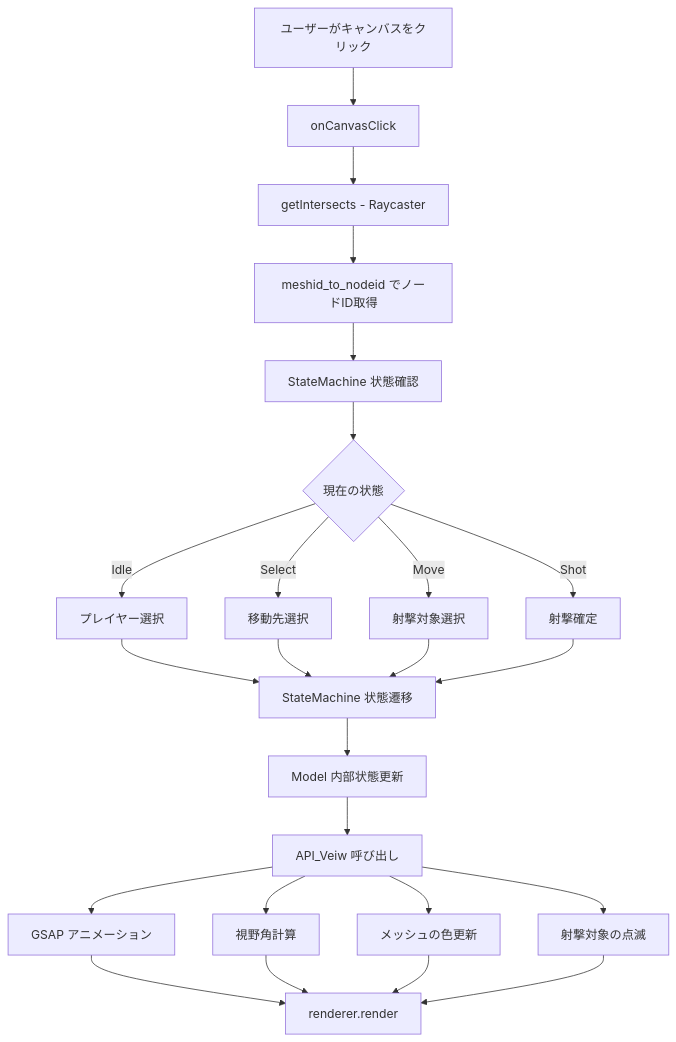
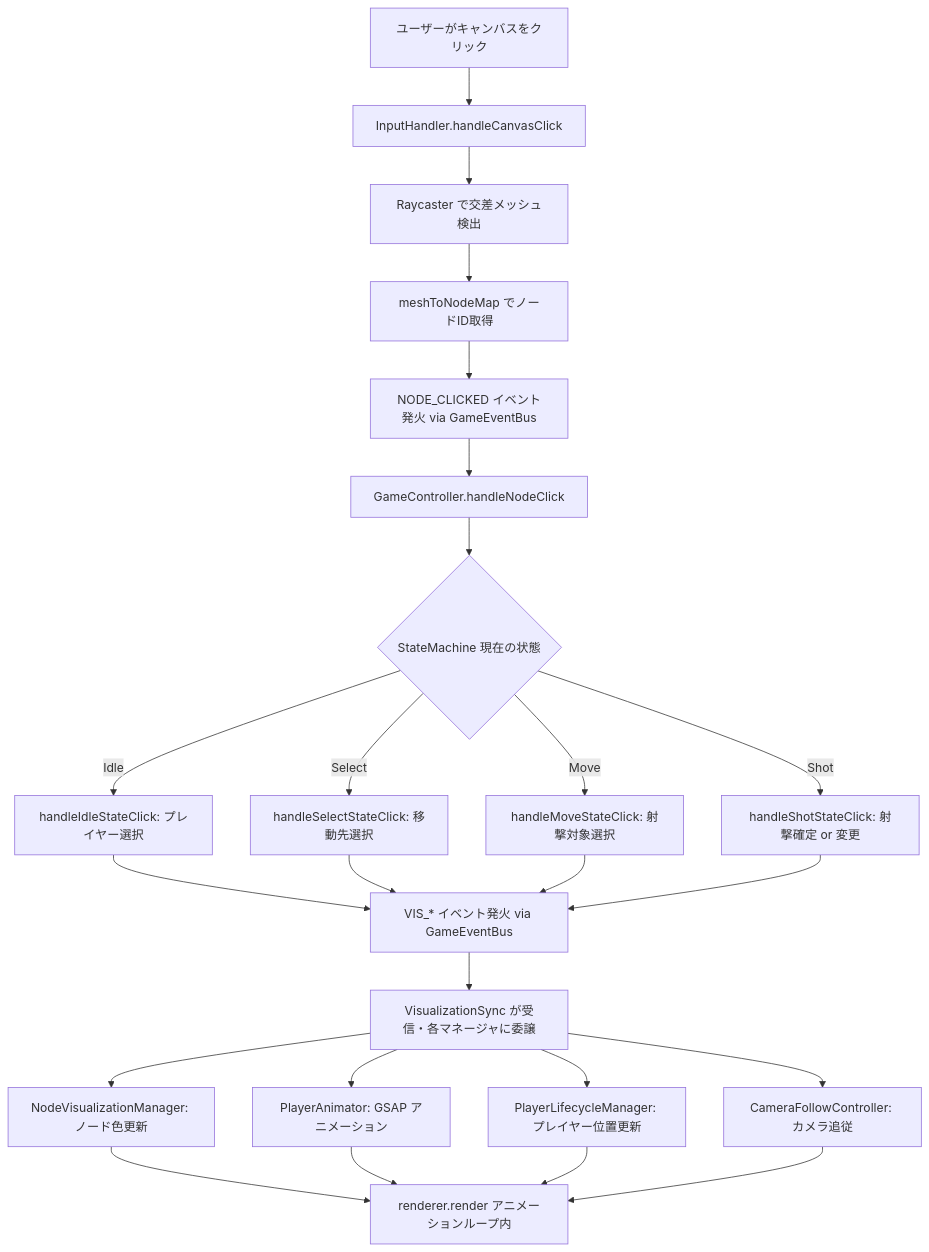
One commit to tamari-moto/2dFps changed the second of 5 diagrams in document/DATA_FLOW.md. Above: the diagram before and after it, drawn with Mermaid. The commit also changed other lines of this file and 2 other files, not shown here.

````diff
--- a/document/DATA_FLOW.md
+++ b/document/DATA_FLOW.md
@@ -93,26 +113,26 @@
 ```mermaid
 graph TD
-    A[ユーザーがキャンバスをクリック] --> B[onCanvasClick]
-    B --> C[getIntersects - Raycaster]
-    C --> D[meshid_to_nodeid でノードID取得]
-    D --> E[StateMachine 状態確認]
-    E --> F{現在の状態}
-    F -->|Idle| G[プレイヤー選択]
-    F -->|Select| H[移動先選択]
-    F -->|Move| I[射撃対象選択]
-    F -->|Shot| J[射撃確定]
-    G --> K[StateMachine 状態遷移]
-    H --> K
-    I --> K
-    J --> K
-    K --> L[Model 内部状態更新]
-    L --> M[API_Veiw 呼び出し]
-    M --> N[GSAP アニメーション]
-    M --> O[視野角計算]
-    M --> P[メッシュの色更新]
-    M --> Q[射撃対象の点滅]
-    N --> R[renderer.render]
-    O --> R
-    P --> R
-    Q --> R
+    A[ユーザーがキャンバスをクリック] --> B[InputHandler.handleCanvasClick]
+    B --> C[Raycaster で交差メッシュ検出]
+    C --> D[meshToNodeMap でノードID取得]
+    D --> E[NODE_CLICKED イベント発火 via GameEventBus]
+    E --> F[GameController.handleNodeClick]
+    F --> G{StateMachine 現在の状態}
+    G -->|Idle| H[handleIdleStateClick: プレイヤー選択]
+    G -->|Select| I[handleSelectStateClick: 移動先選択]
+    G -->|Move| J[handleMoveStateClick: 射撃対象選択]
+    G -->|Shot| K[handleShotStateClick: 射撃確定 or 変更]
+    H --> L[VIS_* イベント発火 via GameEventBus]
+    I --> L
+    J --> L
+    K --> L
+    L --> M[VisualizationSync が受信・各マネージャに委譲]
+    M --> N1[NodeVisualizationManager: ノード色更新]
+    M --> N2[PlayerAnimator: GSAP アニメーション]
+    M --> N3[PlayerLifecycleManager: プレイヤー位置更新]
+    M --> N4[CameraFollowController: カメラ追従]
+    N1 --> O[renderer.render アニメーションループ内]
+    N2 --> O
+    N3 --> O
+    N4 --> O
 ```
````
